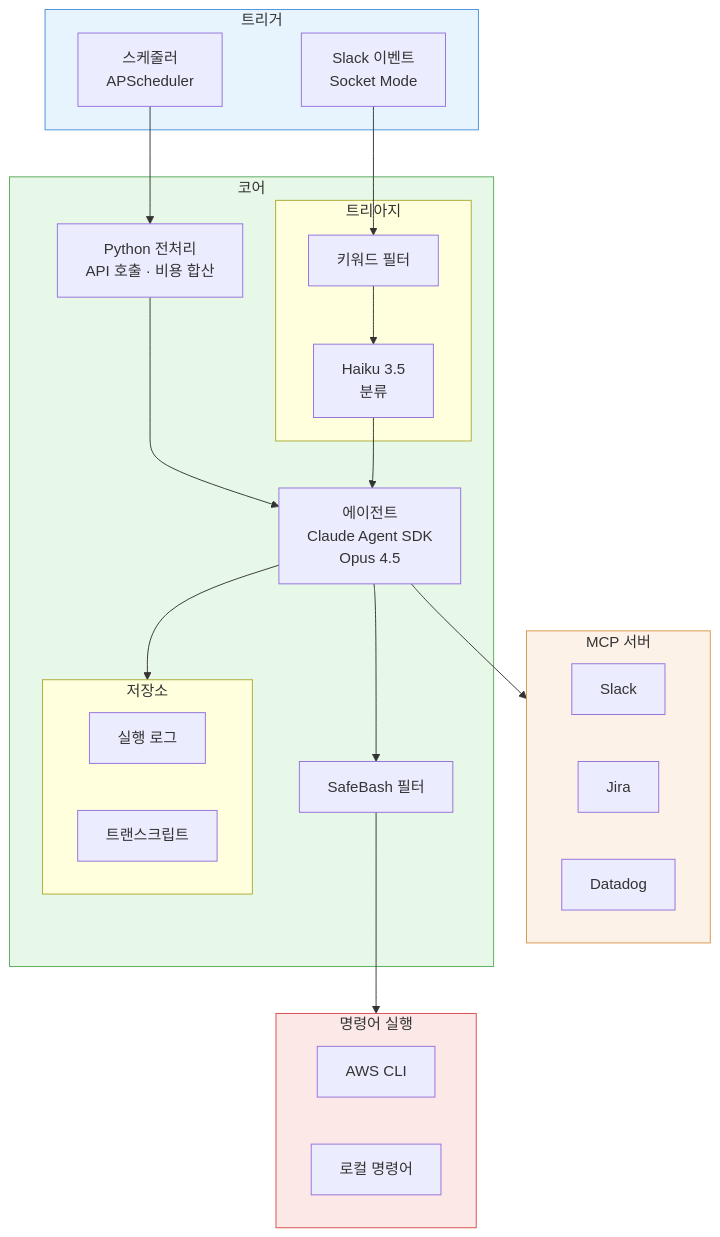
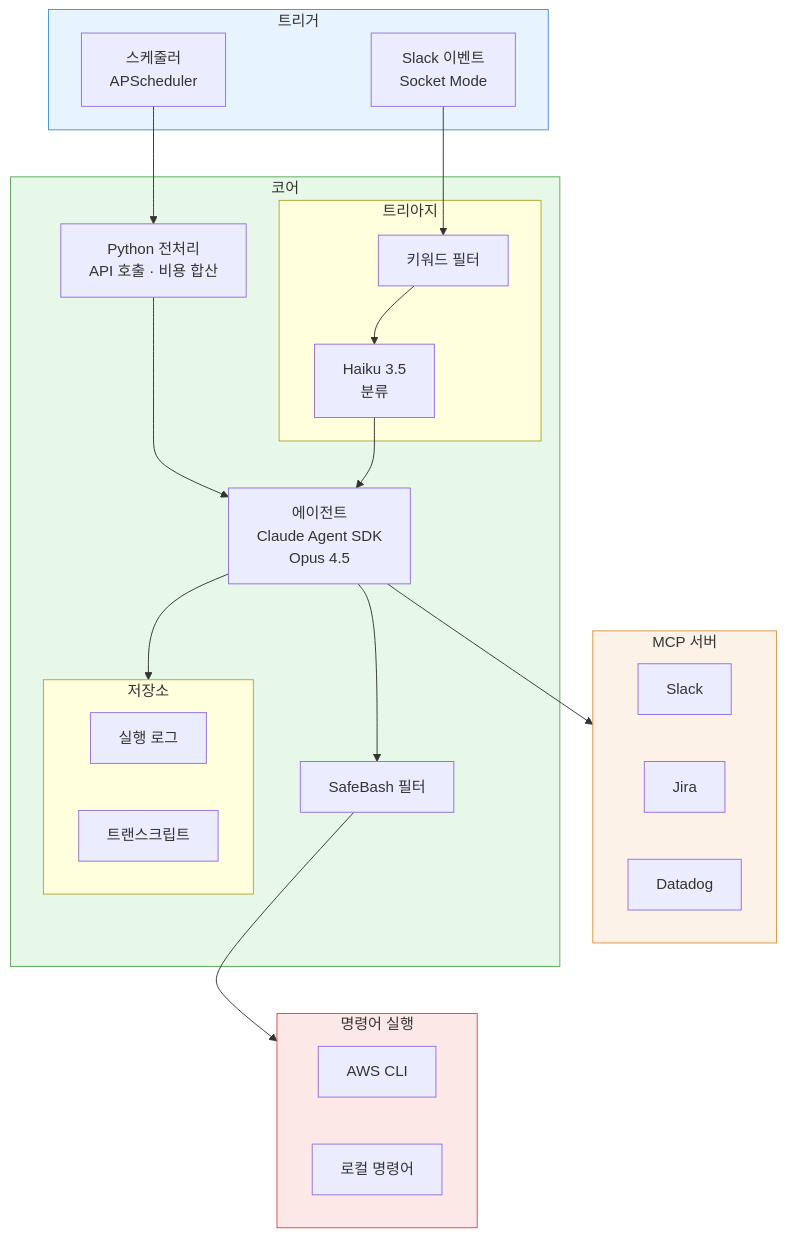
Before and after one commit to kimduksoo/duksoo-tech-blog: the first of 3 diagrams in content/ai/ai-infra-automation.md, drawn with Mermaid.

Commit message:
MCP/CLI 위치 정렬 (invisible link로 레이아웃 힌트)

````diff
--- a/content/ai/ai-infra-automation.md
+++ b/content/ai/ai-infra-automation.md
@@ -26,42 +26,44 @@
 ```mermaid
 flowchart TB
     subgraph 트리거
         Cron[스케줄러<br/>APScheduler]
         Event[Slack 이벤트<br/>Socket Mode]
     end
 
     subgraph MCP[MCP 서버]
         S[Slack]
         J[Jira]
         D[Datadog]
     end
 
     subgraph 코어
         subgraph 트리아지
             KW[키워드 필터] --> Haiku[Haiku 3.5<br/>분류]
         end
         Pre[Python 전처리<br/>API 호출 · 비용 합산] --> Agent[에이전트<br/>Claude Agent SDK<br/>Opus 4.5]
         Haiku --> Agent
         Agent --> Safe[SafeBash 필터]
         subgraph 저장소
             Log[실행 로그]
             Transcript[트랜스크립트]
         end
         Agent --> 저장소
     end
 
     subgraph CLI[명령어 실행]
         AWS[AWS CLI]
         Local[로컬 명령어]
     end
 
     Cron --> Pre
     Event --> KW
     Agent --> MCP
     Safe --> CLI
+    트리아지 ~~~ MCP
+    Safe ~~~ CLI
 
     style 트리거 fill:#e8f4fd,stroke:#4a90d9
     style 코어 fill:#e8f8e8,stroke:#5ba85b
     style MCP fill:#fdf2e8,stroke:#d9964a
     style CLI fill:#fde8e8,stroke:#d94a4a
 ```
````
